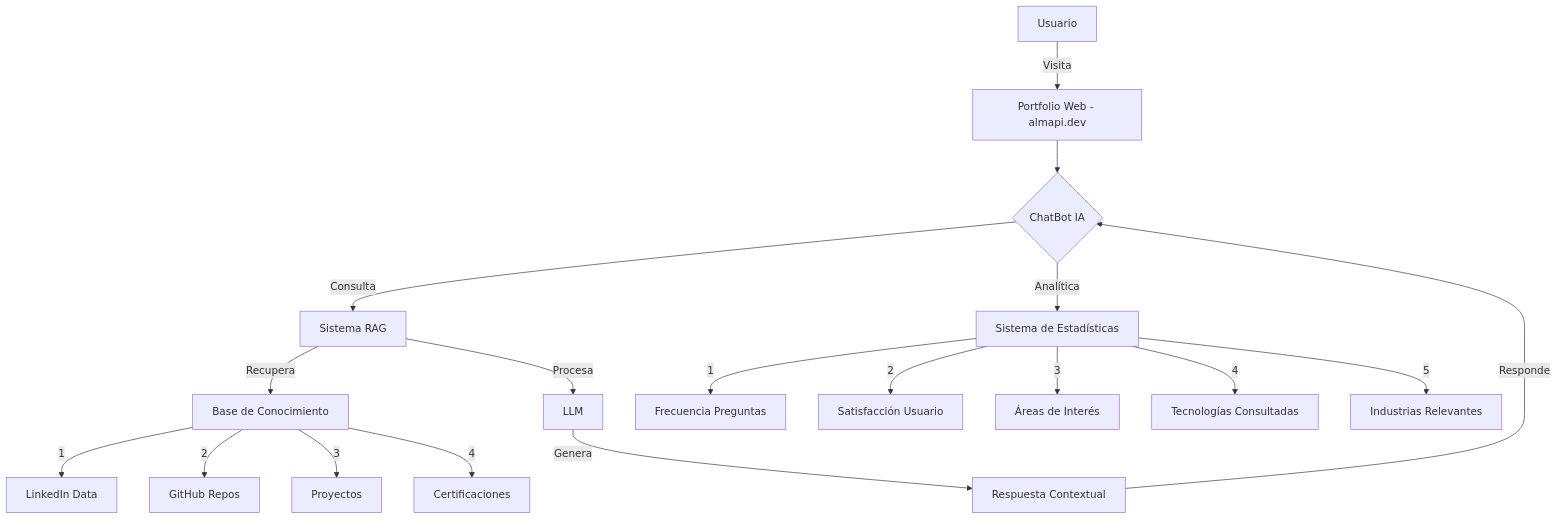
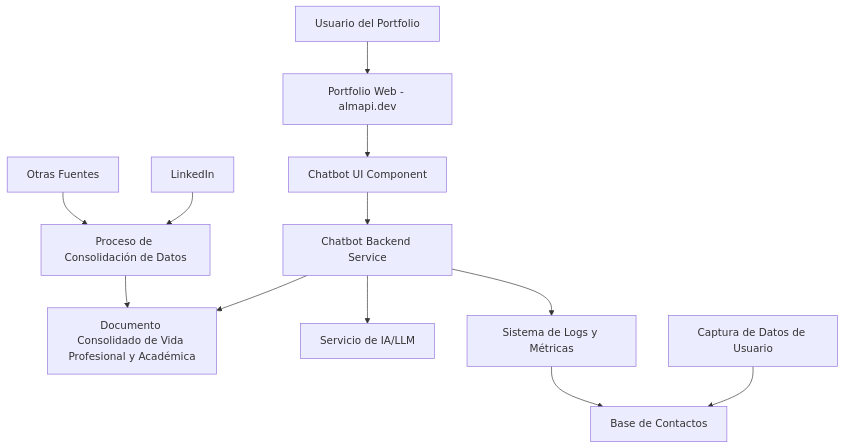
One commit to LIDR-academy/AI4Devs-finalproject changed the first of 8 diagrams in docs/PRD.md. Above: the diagram before and after it, drawn with Mermaid. The commit also changed other lines of this file and 21 other files, not shown here.

````diff
--- a/docs/PRD.md
+++ b/docs/PRD.md
@@ -10,20 +204,16 @@
 ```mermaid
-graph TD
-    A[Usuario] -->|Visita| B[Portfolio Web - almapi.dev]
-    B --> C{ChatBot IA}
-    C -->|Consulta| D[Sistema RAG]
-    D -->|Recupera| E[Base de Conocimiento]
-    E -->|1| F[LinkedIn Data]
-    E -->|2| G[GitHub Repos]
-    E -->|3| H[Proyectos]
-    E -->|4| I[Certificaciones]
-    D -->|Procesa| J[LLM]
-    J -->|Genera| K[Respuesta Contextual]
-    K -->|Responde| C
-    C -->|Analítica| L[Sistema de Estadísticas]
-    L -->|1| M[Frecuencia Preguntas]
-    L -->|2| N[Satisfacción Usuario]
-    L -->|3| O[Áreas de Interés]
-    L -->|4| P[Tecnologías Consultadas]
-    L -->|5| Q[Industrias Relevantes]
+graph TB
+    A[Usuario del Portfolio] --> B[Portfolio Web - almapi.dev]
+    B --> C[Chatbot UI Component]
+    C --> D[Chatbot Backend Service]
+    D --> E[Documento Consolidado de Vida Profesional y Académica]
+    D --> F[Servicio de IA/LLM]
+    D --> G[Sistema de Logs y Métricas]
+    
+    H[LinkedIn] --> I[Proceso de Consolidación de Datos]
+    J[Otras Fuentes] --> I
+    I --> E
+    
+    K[Captura de Datos de Usuario] --> L[Base de Contactos]
+    G --> L
 ```
````
